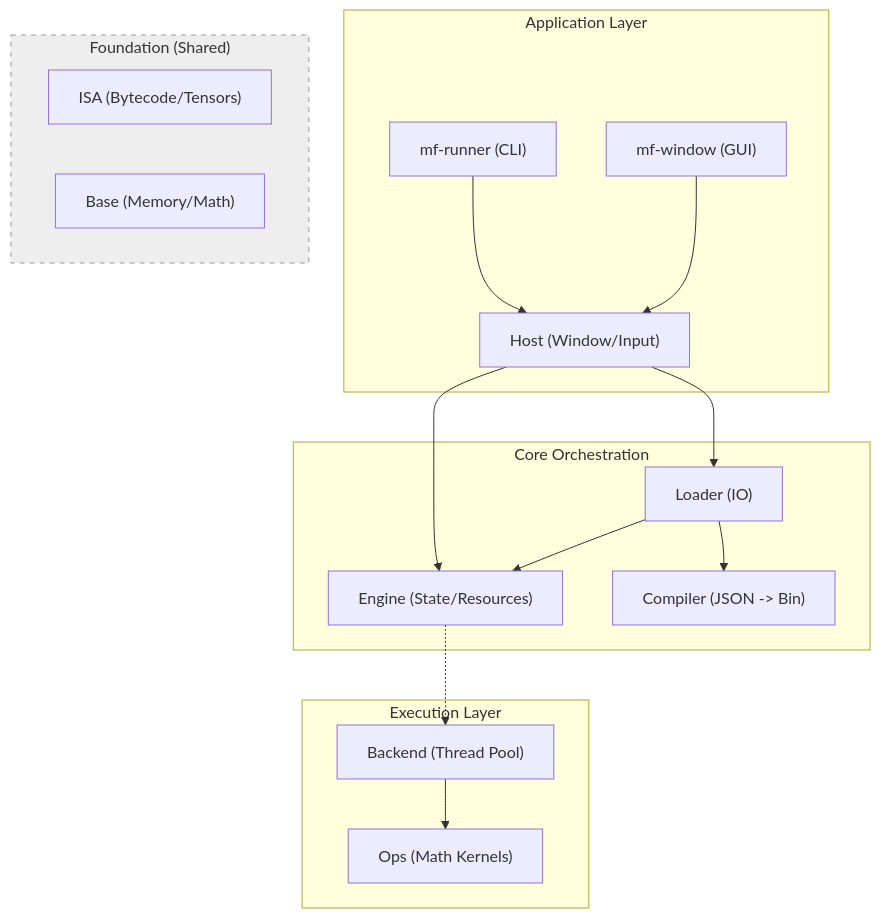
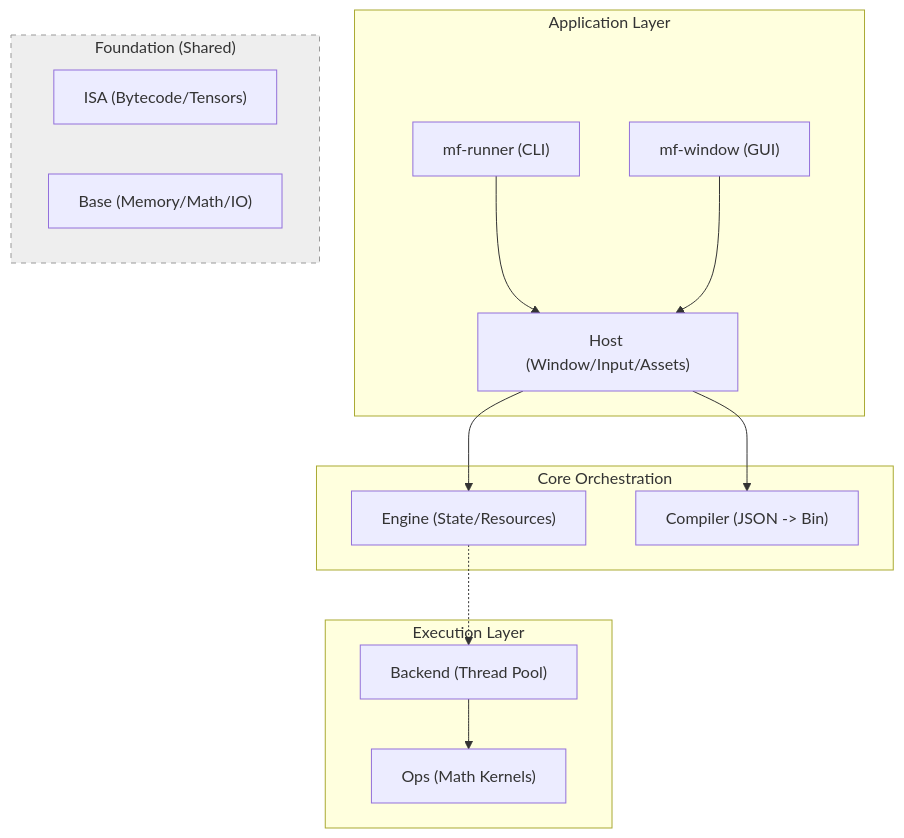
Before and after one commit to BinaryCat17/MathFlow: the diagram in docs/architecture.md, drawn with Mermaid. The commit also changed other lines of this file and 2 other files, not shown here.

````diff
--- a/docs/architecture.md
+++ b/docs/architecture.md
@@ -9,40 +9,36 @@
 ```mermaid
 graph TD
     subgraph App ["Application Layer"]
         Runner["mf-runner (CLI)"]
         Window["mf-window (GUI)"]
-        Host["Host (Window/Input)"]
+        Host["Host (Window/Input/Assets)"]
     end
 
     subgraph Core ["Core Orchestration"]
         Engine["Engine (State/Resources)"]
-        Loader["Loader (IO)"]
         Compiler["Compiler (JSON -> Bin)"]
     end
 
     subgraph Exec ["Execution Layer"]
         Backend["Backend (Thread Pool)"]
         Ops["Ops (Math Kernels)"]
     end
 
     subgraph Foundation ["Foundation (Shared)"]
         ISA["ISA (Bytecode/Tensors)"]
-        Base["Base (Memory/Math)"]
+        Base["Base (Memory/Math/IO)"]
     end
 
     %% Active Workflow Flow
     Runner --> Host
     Window --> Host
     
+    Host --> Compiler
     Host --> Engine
-    Host --> Loader
-    
-    Loader --> Compiler
-    Loader --> Engine
     
     Engine -.-> Backend
     Backend --> Ops
 
     %% Style
     style Foundation fill:#eee,stroke:#999,stroke-dasharray: 5 5
 ```
````
